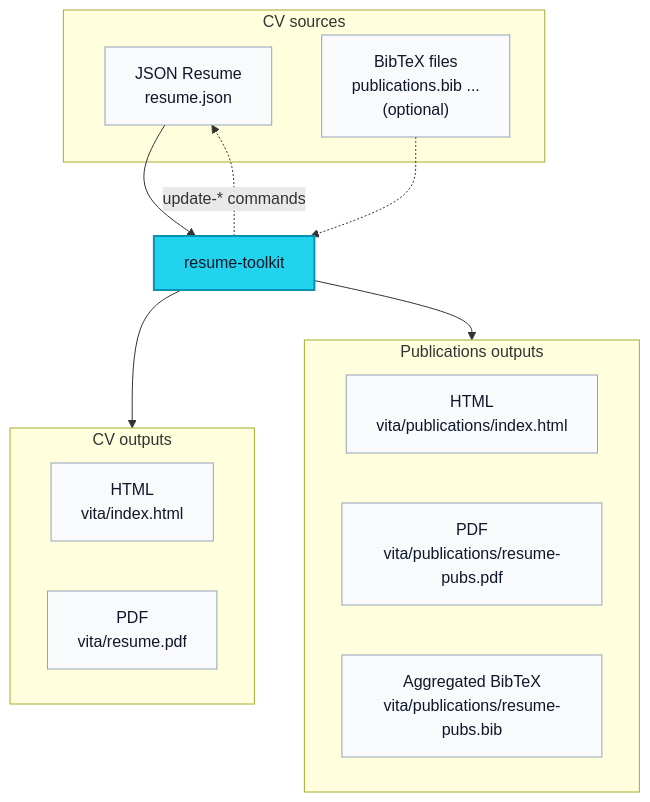
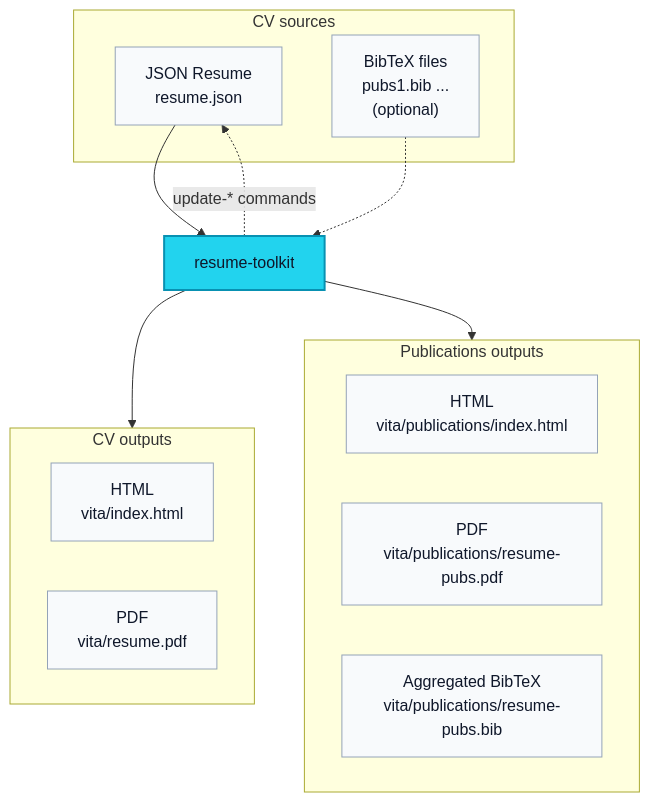
Before and after one commit to zzamboni/resume-toolkit: the diagram in README.md, drawn with Mermaid.

````diff
--- a/README.md
+++ b/README.md
@@ -37,35 +37,41 @@
 ```mermaid
+---
+config:
+  layout: dagre
+  theme: default
+  look: classic
+---
 flowchart TD
       subgraph sources[CV sources]
           A[JSON Resume<br/>resume.json]
-          B["BibTeX files<br/>publications.bib ...<br/>(optional)"]
+          B["BibTeX files<br/>pubs1.bib ...<br/>(optional)"]
       end
       
       A --> C[resume-toolkit]
       B .-> C
       C -. update-* commands .-> A
       
       subgraph CV[CV outputs]
           D[HTML<br/>vita/index.html]
           E[PDF<br/>vita/resume.pdf]
       end
 
       subgraph PUBS[Publications outputs]
           F[HTML<br/>vita/publications/index.html]
           G[PDF<br/>vita/publications/resume-pubs.pdf]
           H[Aggregated BibTeX<br/>vita/publications/resume-pubs.bib]
       end
 
       C --> CV
       C --> PUBS
 
       classDef toolkit fill:#22d3ee,color:#0f172a,stroke:#0891b2,stroke-width:2px;
       classDef io fill:#f8fafc,color:#0f172a,stroke:#94a3b8;
       classDef hidden fill:none,stroke:none;
       classDef ioBoxes fill:#ffffde
 
       class C toolkit;
       class A,B,D,E,F,G,H io;
       class L,R dot;
       class CV,PUBS ioBoxes;
 ```
````
